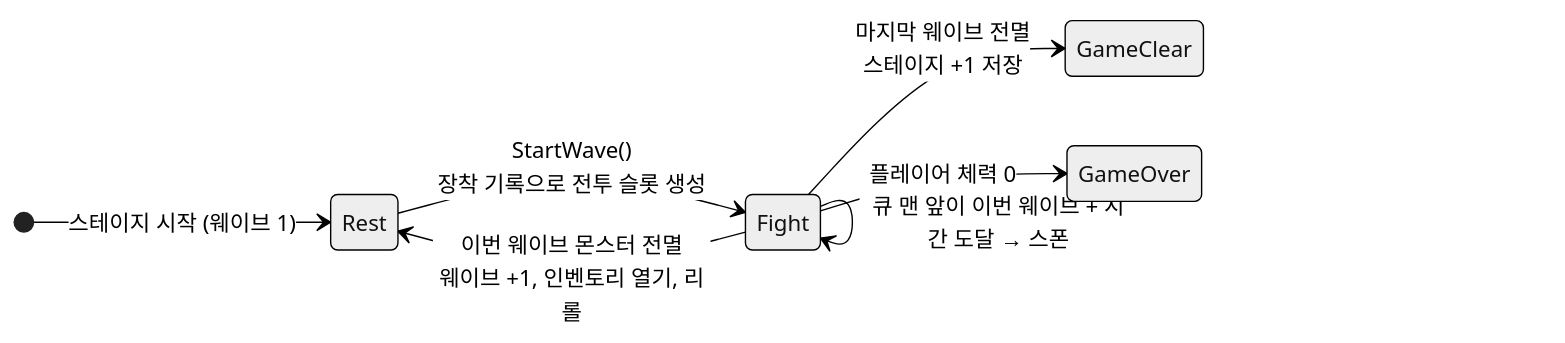
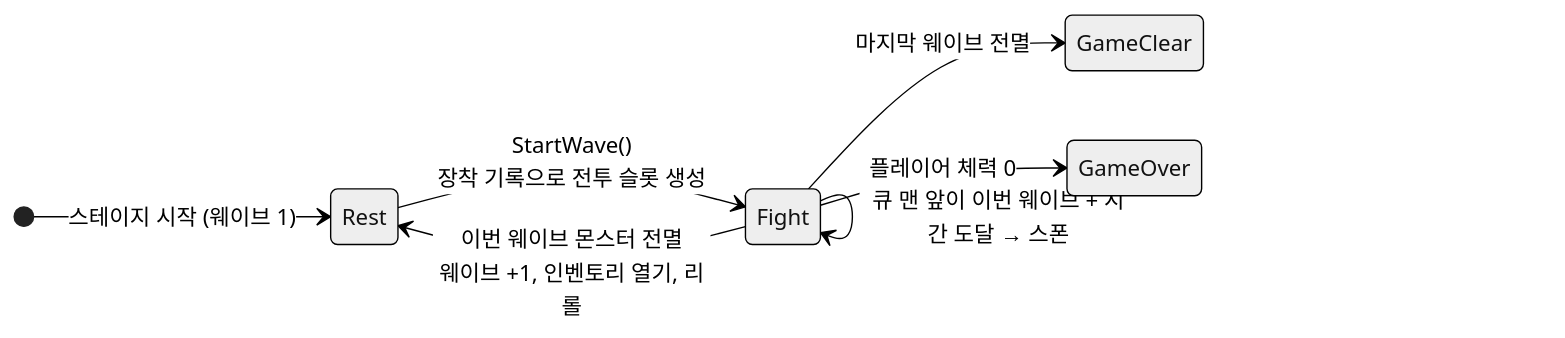
Before and after one commit to NaJungWon/portfolio: the fourth of 5 diagrams in src/05-inventory-player/기술문서.md, drawn with Mermaid. The commit also changed other lines of this file and 2 other files, not shown here.

````diff
--- a/src/05-inventory-player/기술문서.md
+++ b/src/05-inventory-player/기술문서.md
@@ -791,11 +579,11 @@
 ```mermaid
 %%{init: {'theme':'neutral'}}%%
 stateDiagram-v2
     direction LR
     [*] --> Rest: 스테이지 시작 (웨이브 1)
     Rest --> Fight: StartWave()<br/>장착 기록으로 전투 슬롯 생성
     Fight --> Fight: 큐 맨 앞이 이번 웨이브 + 시간 도달 → 스폰
     Fight --> Rest: 이번 웨이브 몬스터 전멸<br/>웨이브 +1, 인벤토리 열기, 리롤
-    Fight --> GameClear: 마지막 웨이브 전멸<br/>스테이지 +1 저장
+    Fight --> GameClear: 마지막 웨이브 전멸
     Fight --> GameOver: 플레이어 체력 0
 ```
````
